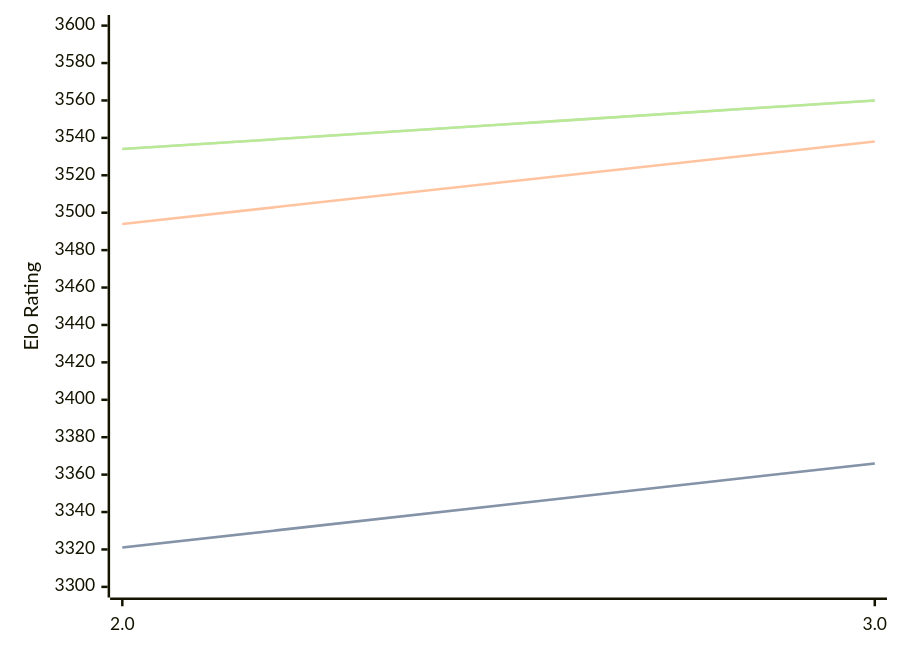
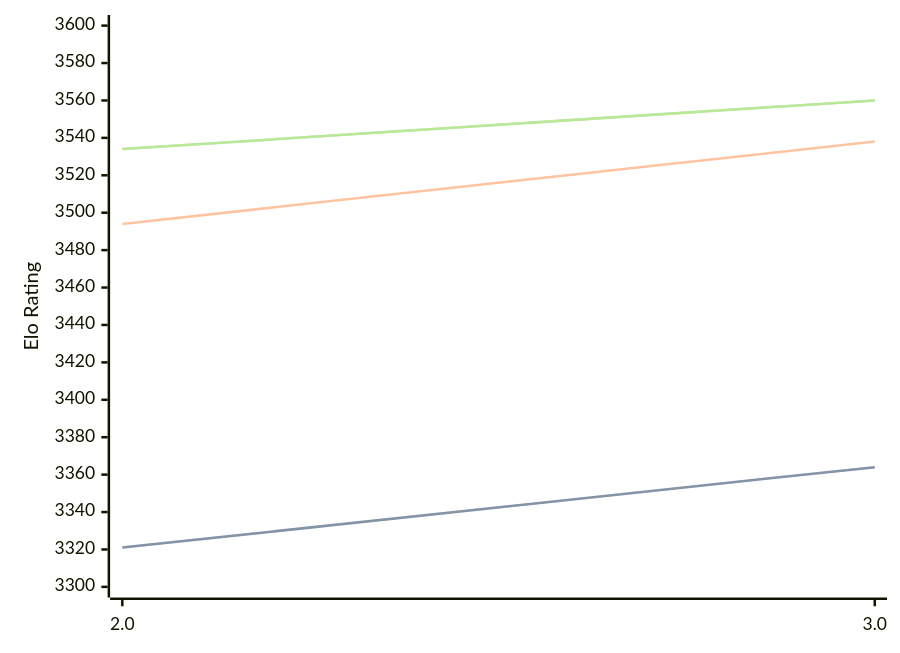
One commit to computer-chess-index/cci changed the diagram in engines/Quanticade.md. Above: the diagram before and after it, drawn with Mermaid. The commit also changed other lines of this file, not shown here.

Commit message:
Update CCI Ratings (ELO VLTC) - 2026-03-25

````diff
--- a/engines/Quanticade.md
+++ b/engines/Quanticade.md
@@ -41,11 +41,11 @@
 ```mermaid
 %%{init: {"theme":"base","themeVariables":{"seriesColors:['#a3a3a3','#222221','#faa371']}}}%%
 xychart-beta
   x-axis ["2.0", "3.0"]
   y-axis "Elo Rating" 3300 --> 3600
-  line "STC (8.0+0.08s)" [3321, 3366]
-  line "STC (8.0+0.08s)" [3321, 3366]
+  line "STC (8.0+0.08s)" [3321, 3364]
+  line "STC (8.0+0.08s)" [3321, 3364]
   line "LTC (60.0+0.60s)" [3494, 3538]
   line "VLTC (2m24s+1.12s)" [3534, 3560]
   line "VLTC (2m24s+1.12s)" [3534, 3560]
 ```
````
